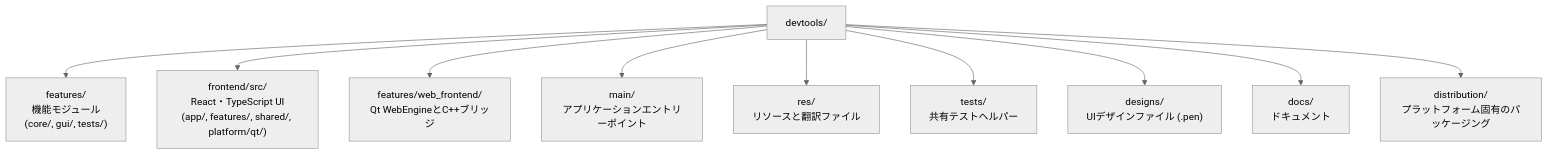
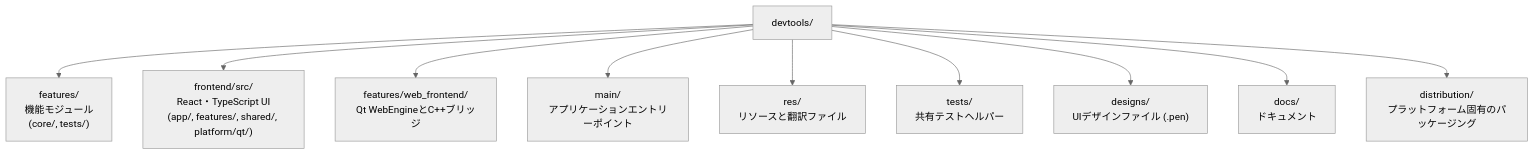
The first of 2 diagrams in docs/ja/CONTRIBUTING.md (LotusAndCompany/devtools), drawn with Mermaid (neutral theme) before and after one commit. The commit also changed other lines of this file and 141 other files, not shown here.

````diff
--- a/docs/ja/CONTRIBUTING.md
+++ b/docs/ja/CONTRIBUTING.md
@@ -32,13 +32,13 @@
 ```mermaid
 flowchart TD
     root["devtools/"]
-    root --> features["features/<br/>機能モジュール<br/>(core/, gui/, tests/)"]
+    root --> features["features/<br/>機能モジュール<br/>(core/, tests/)"]
     root --> frontend["frontend/src/<br/>React・TypeScript UI<br/>(app/, features/, shared/, platform/qt/)"]
     root --> webbridge["features/web_frontend/<br/>Qt WebEngineとC++ブリッジ"]
     root --> main["main/<br/>アプリケーションエントリーポイント"]
     root --> resources["res/<br/>リソースと翻訳ファイル"]
     root --> tests["tests/<br/>共有テストヘルパー"]
     root --> designs["designs/<br/>UIデザインファイル (.pen)"]
     root --> docs["docs/<br/>ドキュメント"]
     root --> distribution["distribution/<br/>プラットフォーム固有のパッケージング"]
 ```
````
